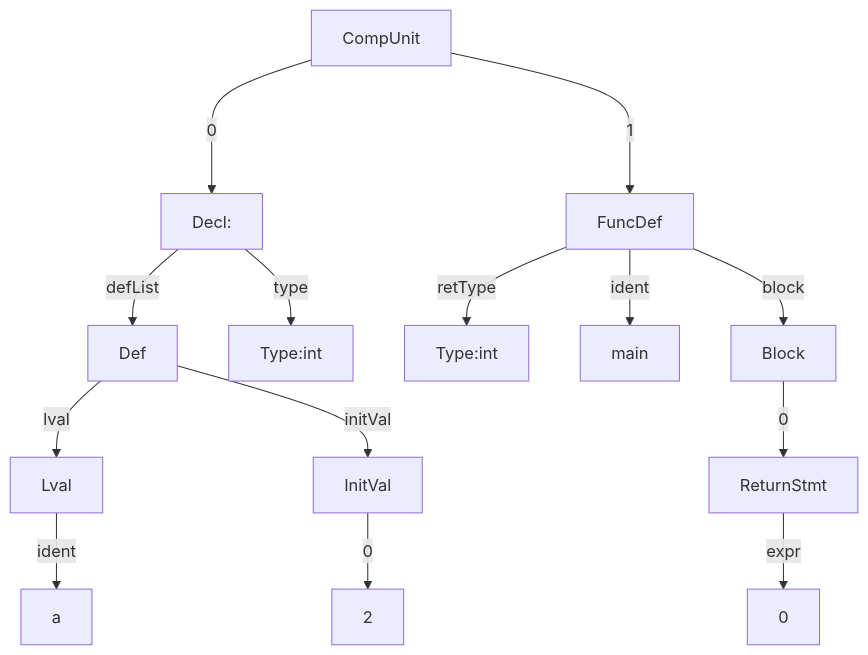
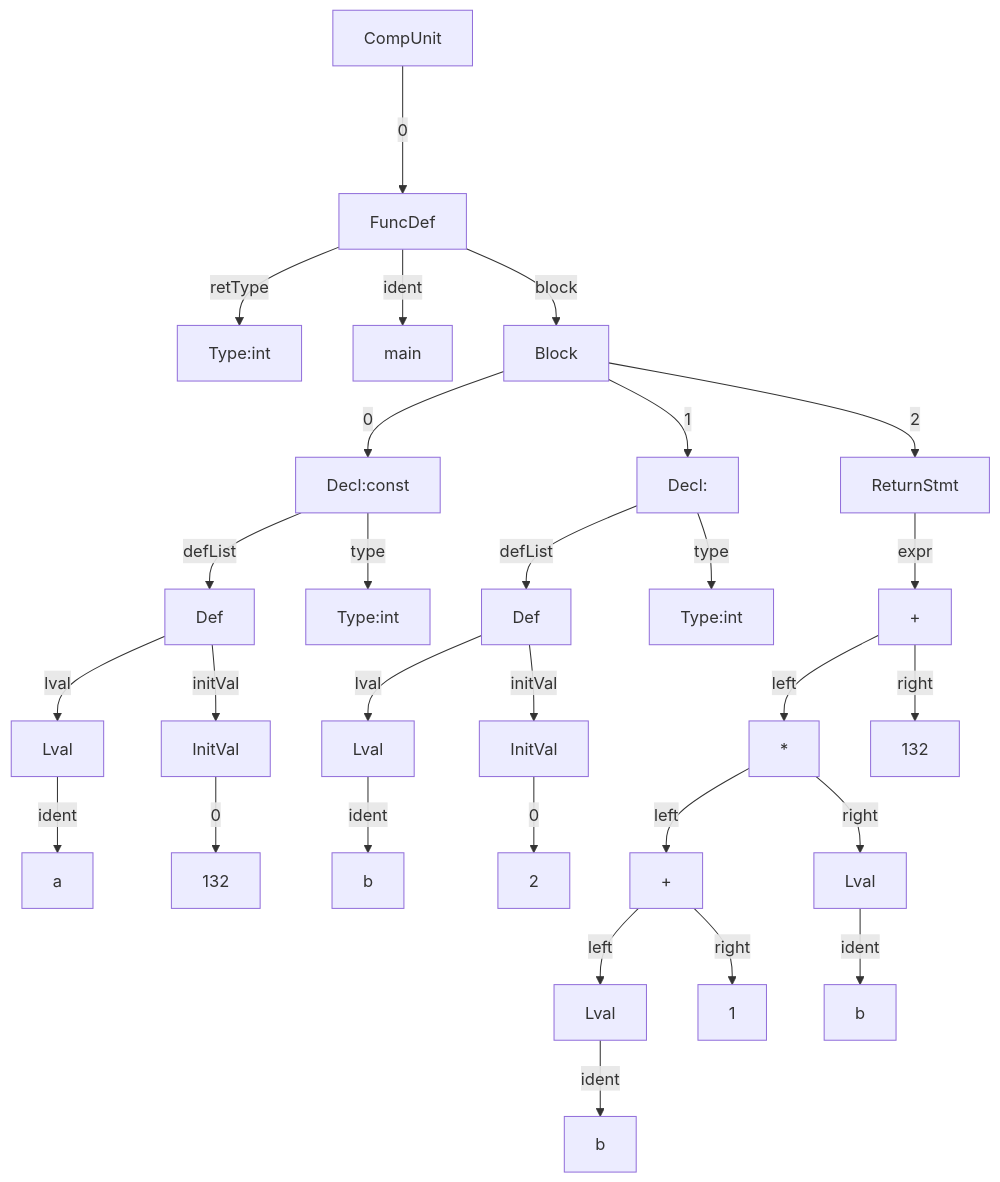
The diagram in tests/Decl-2/out.md (nyml2003/sysY), drawn with Mermaid before and after one commit. The commit also changed other lines of this file and 32 other files, not shown here.

````diff
--- a/tests/Decl-2/out.md
+++ b/tests/Decl-2/out.md
@@ -6,29 +1,59 @@
 ```mermaid
 graph TD
-14[CompUnit]--0--->6
-6[Decl:]
-6--type-->7
-7[Type:int]
-6--defList-->5
-5[Def]
-5--lval-->2
-2[Lval]
-2--ident-->1
-1[a]
-5--initVal-->4
-4[InitVal]
-4--0-->3
-3[2]
-14[CompUnit]--1--->13
-13[FuncDef]
-13--retType-->8
-8[Type:int]
-13--ident-->9
-9[main]
-13--block-->12
-12[Block]
-12--0-->11
-11[ReturnStmt]
-11--expr-->10
-10[0]
+31[CompUnit]--0--->30
+30[FuncDef]
+30--retType-->0
+0[Type:int]
+30--ident-->1
+1[main]
+30--block-->29
+29[Block]
+29--0-->8
+8[Decl:const ]
+8--type-->9
+9[Type:int]
+8--defList-->7
+7[Def]
+7--lval-->4
+4[Lval]
+4--ident-->3
+3[a]
+7--initVal-->6
+6[InitVal]
+6--0-->5
+5[132]
+29--1-->16
+16[Decl:]
+16--type-->17
+17[Type:int]
+16--defList-->15
+15[Def]
+15--lval-->12
+12[Lval]
+12--ident-->11
+11[b]
+15--initVal-->14
+14[InitVal]
+14--0-->13
+13[2]
+29--2-->28
+28[ReturnStmt]
+28--expr-->27
+27["+"]
+27--left-->24
+24["*"]
+24--left-->21
+21["+"]
+21--left-->19
+19[Lval]
+19--ident-->18
+18[b]
+21--right-->20
+20[1]
+24--right-->23
+23[Lval]
+23--ident-->22
+22[b]
+27--right-->32
+32[132]
 ```
````
